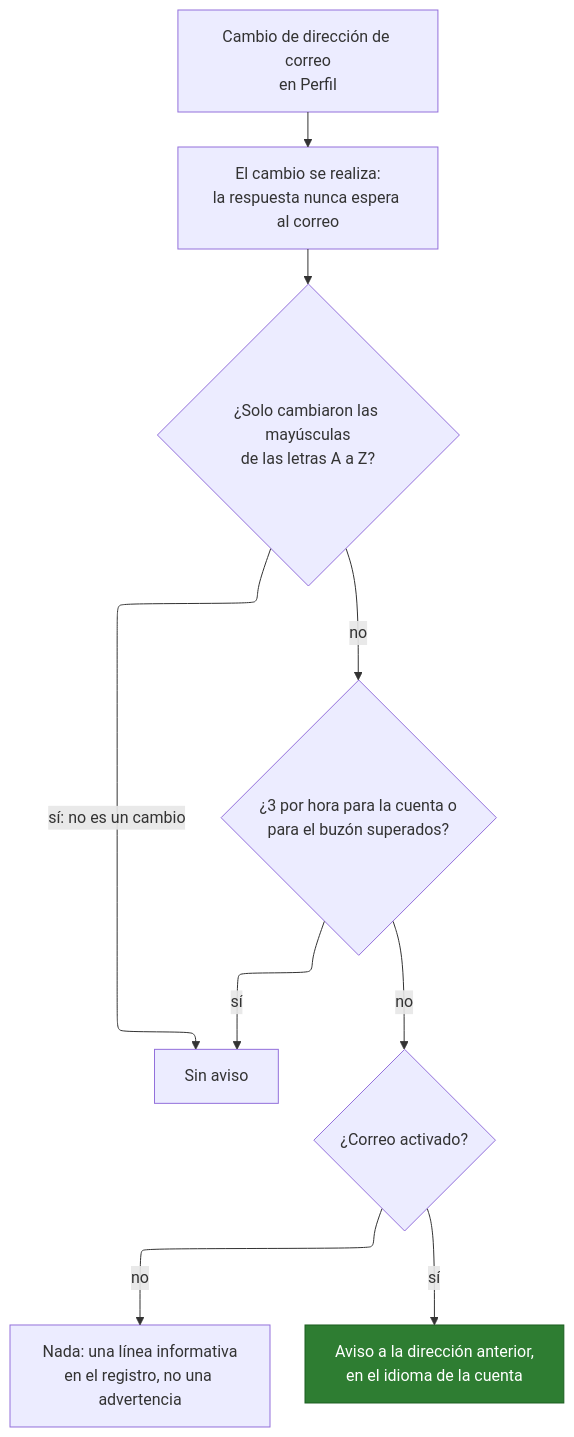
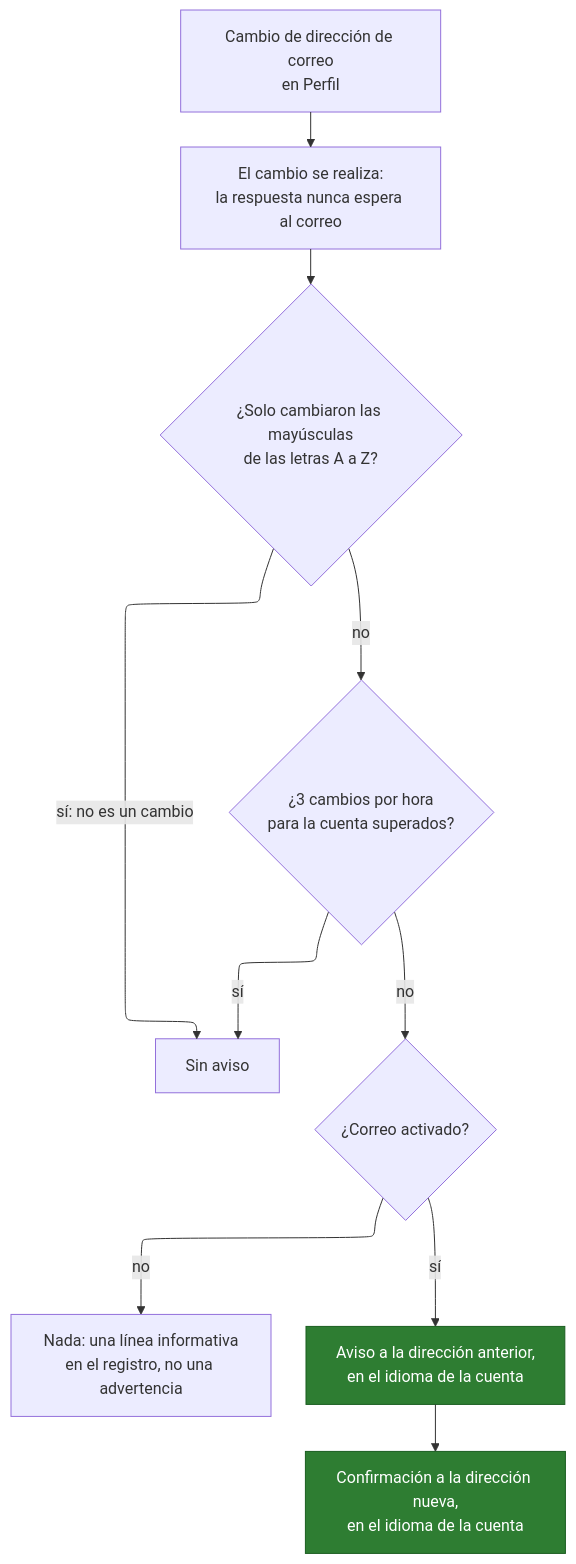
One commit to Librefolio/LibreFolio changed diagram 18 of 18 in mkdocs_src/docs/admin/email_flows.es.md. Above: the diagram before and after it, drawn with Mermaid. The commit also changed other lines of this file and 3 other files, not shown here.

Commit message:
docs(admin): email flows, change confirmations

````diff
--- a/mkdocs_src/docs/admin/email_flows.es.md
+++ b/mkdocs_src/docs/admin/email_flows.es.md
@@ -607,17 +607,18 @@
 ```mermaid
 ---
 config:
   layout: elk
 ---
 flowchart TD
     CH["Cambio de dirección de correo<br>en Perfil"] --> OK["El cambio se realiza:<br>la respuesta nunca espera al correo"]
     OK --> CASE{"¿Solo cambiaron las mayúsculas<br>de las letras A a Z?"}
     CASE -->|"sí: no es un cambio"| SKIP["Sin aviso"]
-    CASE -->|"no"| LIM{"¿3 por hora para la cuenta o<br>para el buzón superados?"}
+    CASE -->|"no"| LIM{"¿3 cambios por hora<br>para la cuenta superados?"}
     LIM -->|"sí"| SKIP
     LIM -->|"no"| EN{"¿Correo activado?"}
     EN -->|"no"| LOG["Nada: una línea informativa<br>en el registro, no una advertencia"]
     EN -->|"sí"| SEND["Aviso a la dirección anterior,<br>en el idioma de la cuenta"]
+    SEND --> NEW["Confirmación a la dirección nueva,<br>en el idioma de la cuenta"]
     classDef ok fill:#2e7d32,stroke:#1b5e20,color:#ffffff
-    class SEND ok
+    class SEND,NEW ok
 ```
````
